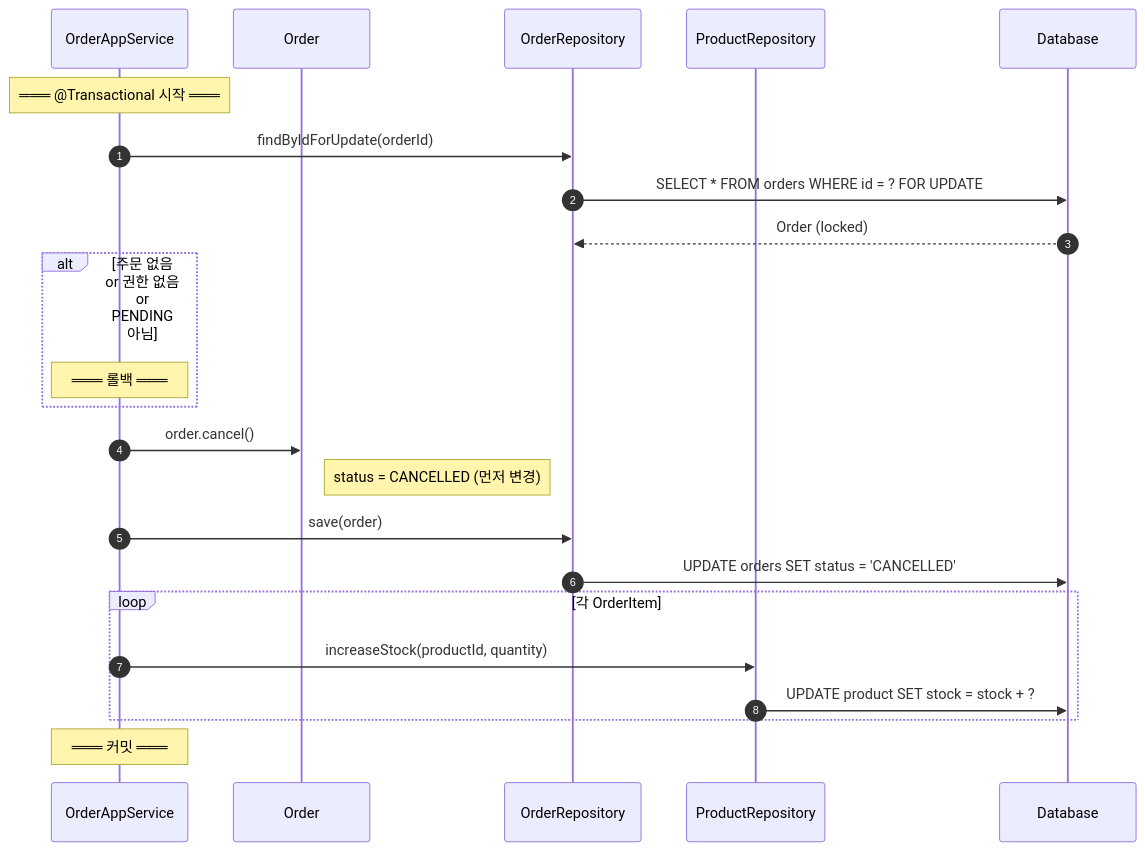
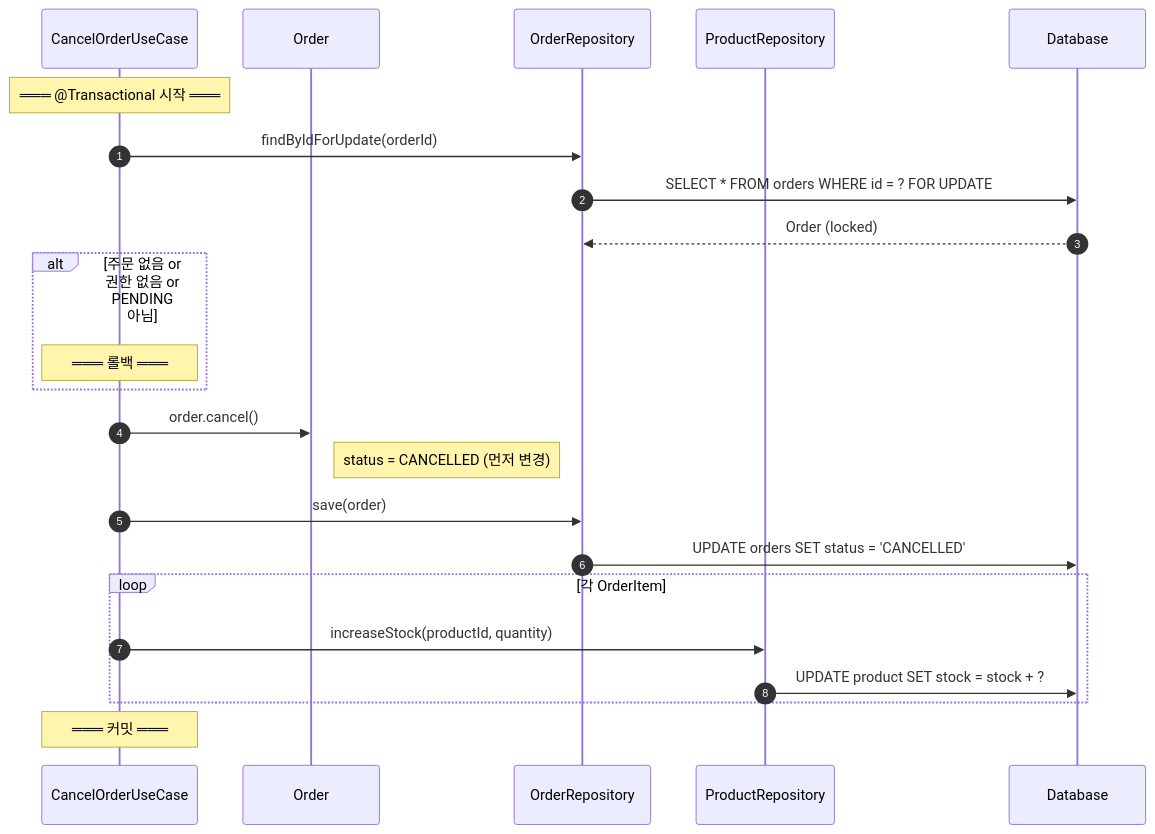
The fourth of 4 diagrams in docs/design/02-sequence-diagram-tech.md (Loopers-dev-lab/loop-pack-be-l2-vol3-kotlin), drawn with Mermaid before and after one commit. The commit also changed other lines of this file and 16 other files, not shown here.

````diff
--- a/docs/design/02-sequence-diagram-tech.md
+++ b/docs/design/02-sequence-diagram-tech.md
@@ -255,32 +258,32 @@
 ```mermaid
 sequenceDiagram
     autonumber
-    participant App as OrderAppService
+    participant App as CancelOrderUseCase
     participant Domain as Order
     participant OrdRepo as OrderRepository
     participant ProdRepo as ProductRepository
     participant DB as Database
 
     Note over App: ═══ @Transactional 시작 ═══
 
     App->>OrdRepo: findByIdForUpdate(orderId)
     OrdRepo->>DB: SELECT * FROM orders WHERE id = ? FOR UPDATE
     DB-->>OrdRepo: Order (locked)
 
     alt 주문 없음 or 권한 없음 or PENDING 아님
         Note over App: ═══ 롤백 ═══
     end
 
     App->>Domain: order.cancel()
     Note right of Domain: status = CANCELLED (먼저 변경)
 
     App->>OrdRepo: save(order)
     OrdRepo->>DB: UPDATE orders SET status = 'CANCELLED'
 
     loop 각 OrderItem
         App->>ProdRepo: increaseStock(productId, quantity)
         ProdRepo->>DB: UPDATE product SET stock = stock + ?
     end
 
     Note over App: ═══ 커밋 ═══
 ```
````
